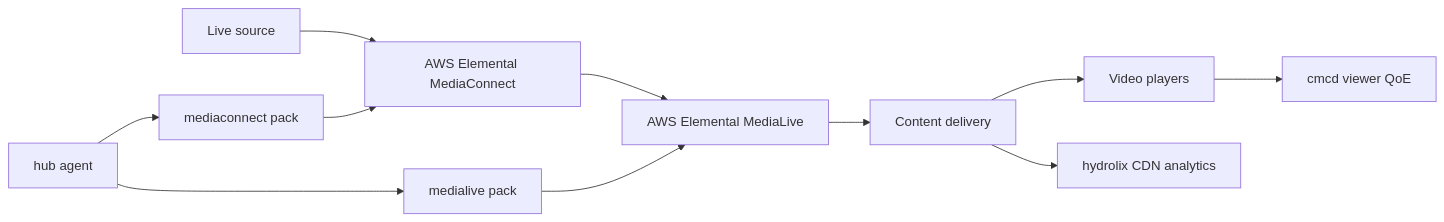
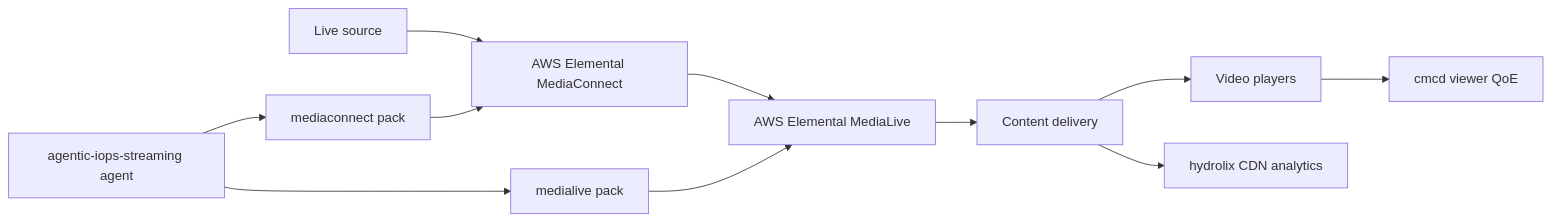
The diagram in README.md (aws-samples/sample-agentic-video-operations), drawn with Mermaid before and after one commit. The commit also changed other lines of this file and 280 other files, not shown here.

````diff
--- a/README.md
+++ b/README.md
@@ -68,15 +68,15 @@
 ```mermaid
 flowchart LR
     Source[Live source] --> MC[AWS Elemental MediaConnect]
     MC --> ML[AWS Elemental MediaLive]
     ML --> CDN[Content delivery]
     CDN --> Players[Video players]
 
-    Hub[hub agent] --> MCPkg[mediaconnect pack]
-    Hub --> MLPkg[medialive pack]
+    Agent[agentic-iops-streaming agent] --> MCPkg[mediaconnect pack]
+    Agent --> MLPkg[medialive pack]
     MCPkg --> MC
     MLPkg --> ML
 
     Players --> CMCD[cmcd viewer QoE]
     CDN --> Hydrolix[hydrolix CDN analytics]
 ```
````
